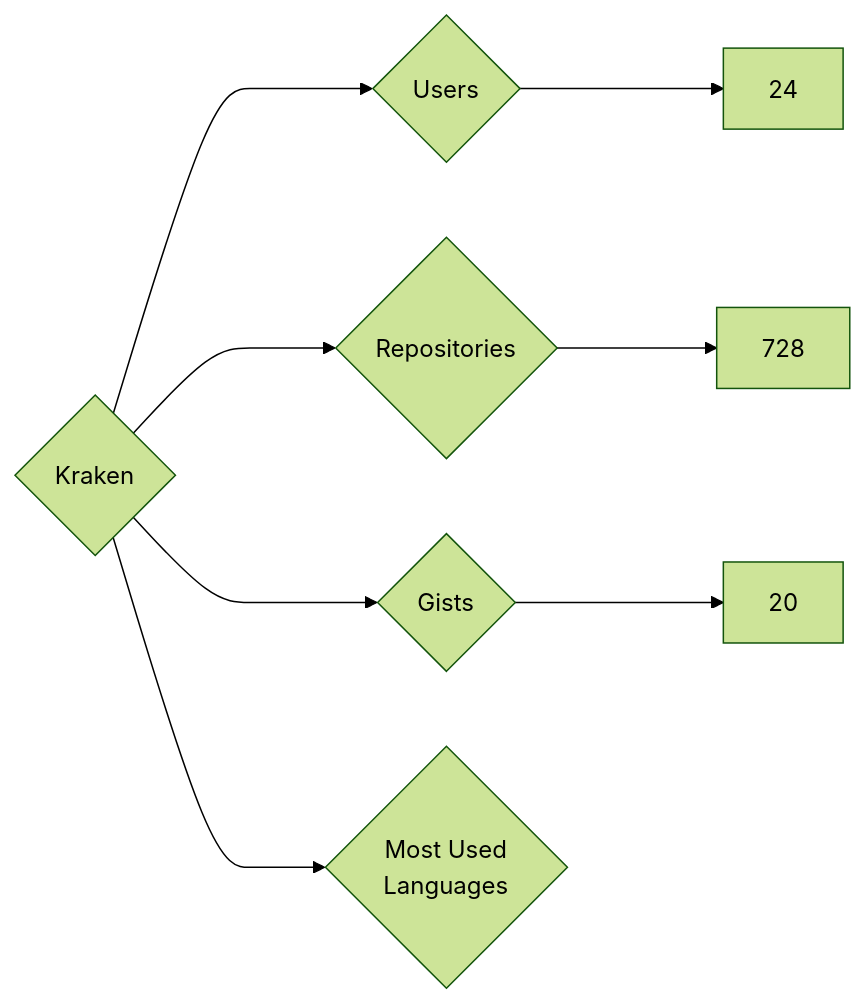
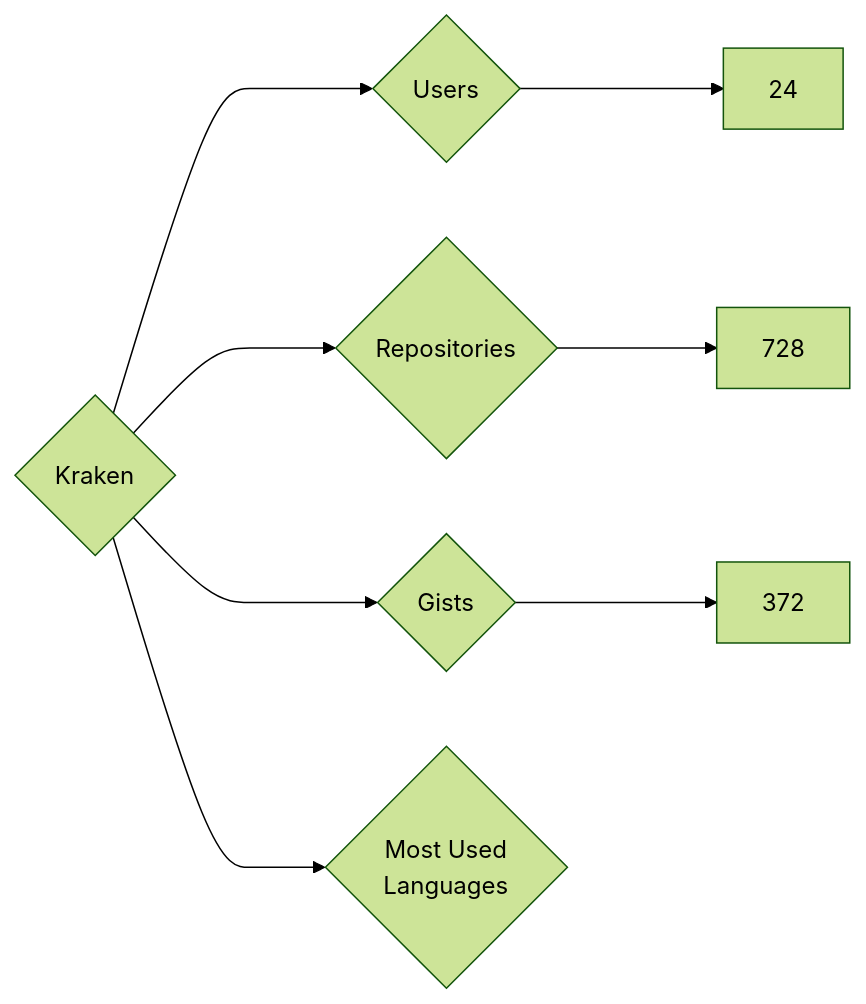
The diagram in targets/Kraken/README.md (nenadzaric/insiders), drawn with Mermaid (forest theme) before and after one commit. The commit also changed 1342 other files, not shown here.

````diff
--- a/targets/Kraken/README.md
+++ b/targets/Kraken/README.md
@@ -3,8 +3,8 @@
 ```mermaid
 graph LR
 COMPANY_NAME{Kraken}
 COMPANY_NAME ---> U{Users} ---> UN[24]
 COMPANY_NAME ---> R{Repositories} ---> RN[728]
-COMPANY_NAME ---> G{Gists} ---> GN[20]
+COMPANY_NAME ---> G{Gists} ---> GN[372]
 COMPANY_NAME ---> ML{Most Used<br>Languages}
 ```
````
